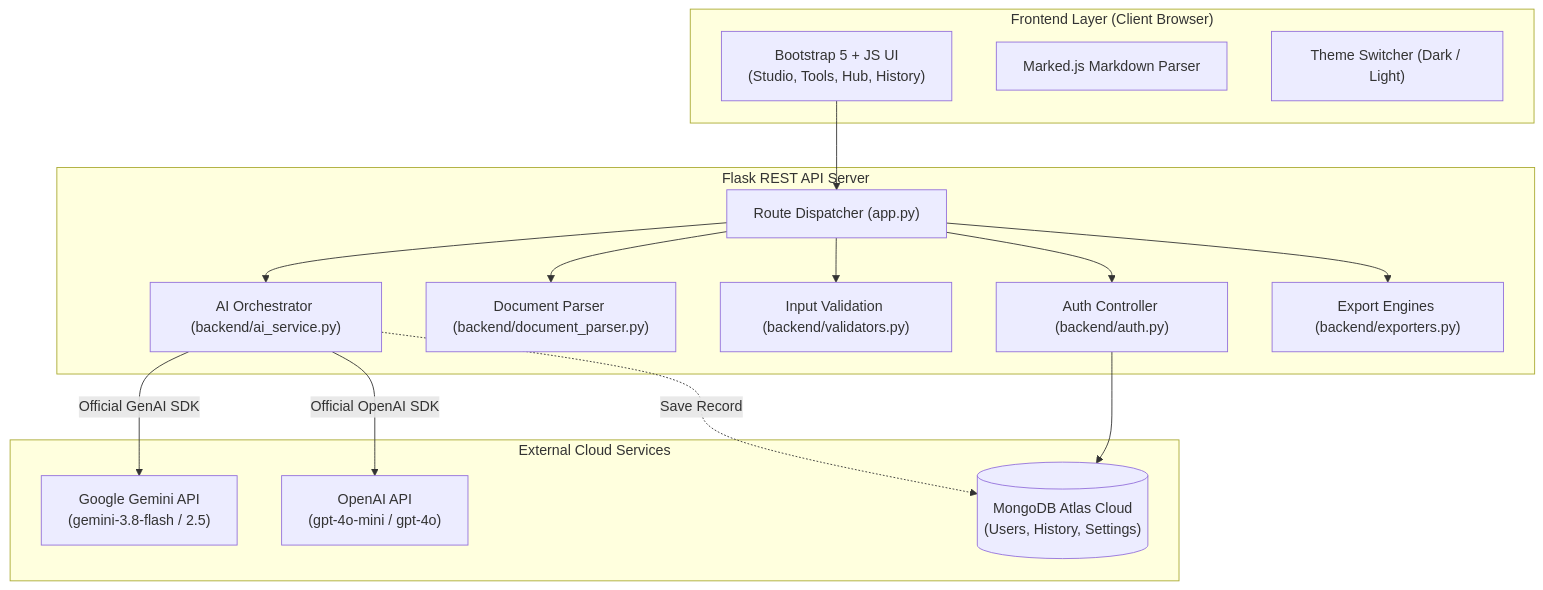
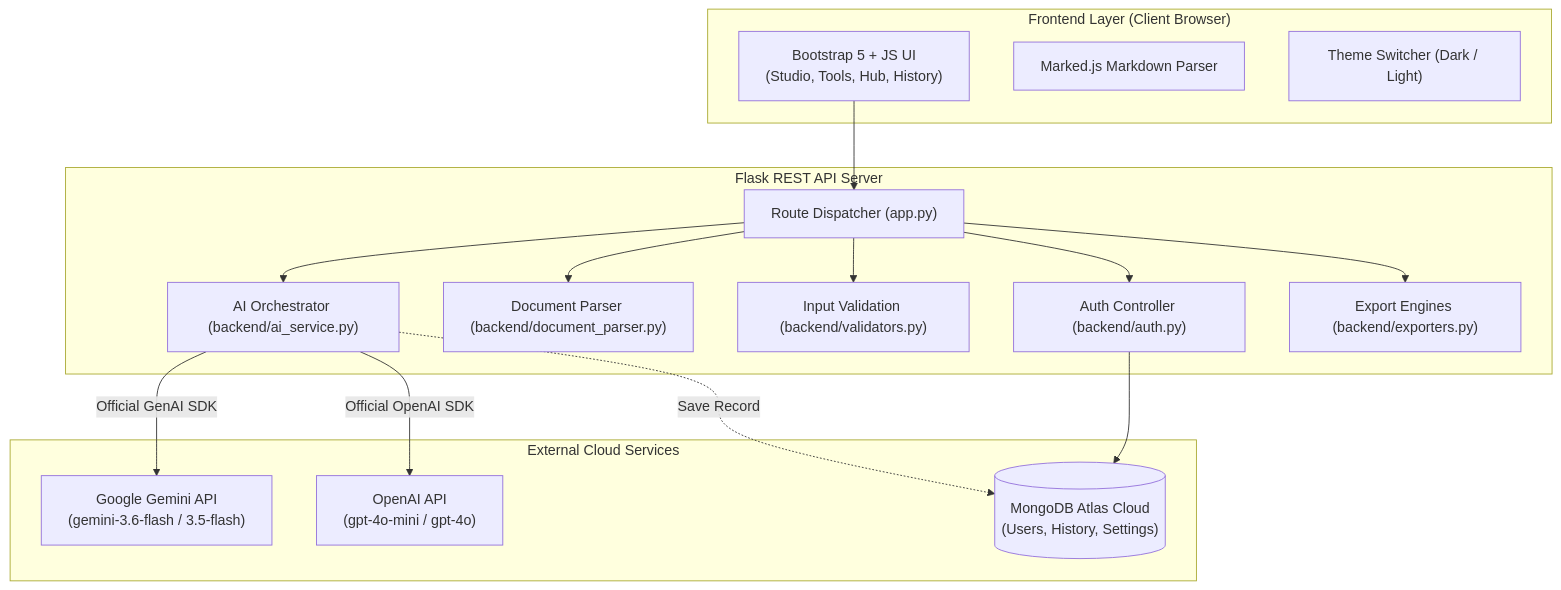
The diagram in README.md (ajaykumar1812/genai-content-transformation), drawn with Mermaid before and after one commit. The commit also changed other lines of this file, not shown here.

Commit message:
Docs: update README to reflect gemini-3.6-flash as default, add quota notes, expand test matrix to 35 scenarios, add GEMINI_MODEL and OPENAI_MODEL to Render env vars

````diff
--- a/README.md
+++ b/README.md
@@ -127,35 +127,35 @@
 ```mermaid
 flowchart TD
     subgraph Client["Frontend Layer (Client Browser)"]
         UI["Bootstrap 5 + JS UI\n(Studio, Tools, Hub, History)"]
         Markdown["Marked.js Markdown Parser"]
         Theme["Theme Switcher (Dark / Light)"]
     end
 
     subgraph Backend["Flask REST API Server"]
         Router["Route Dispatcher (app.py)"]
         Auth["Auth Controller (backend/auth.py)"]
         DocParser["Document Parser (backend/document_parser.py)"]
         Validators["Input Validation (backend/validators.py)"]
         AIService["AI Orchestrator (backend/ai_service.py)"]
         Exporters["Export Engines (backend/exporters.py)"]
     end
 
     subgraph External["External Cloud Services"]
-        Gemini["Google Gemini API\n(gemini-3.8-flash / 2.5)"]
+        Gemini["Google Gemini API\n(gemini-3.6-flash / 3.5-flash)"]
         OpenAI["OpenAI API\n(gpt-4o-mini / gpt-4o)"]
         Atlas[("MongoDB Atlas Cloud\n(Users, History, Settings)")]
     end
 
     UI --> Router
     Router --> Auth
     Router --> Validators
     Router --> DocParser
     Router --> AIService
     Router --> Exporters
 
     AIService -->|Official GenAI SDK| Gemini
     AIService -->|Official OpenAI SDK| OpenAI
     Auth --> Atlas
     AIService -.->|Save Record| Atlas
 ```
````
